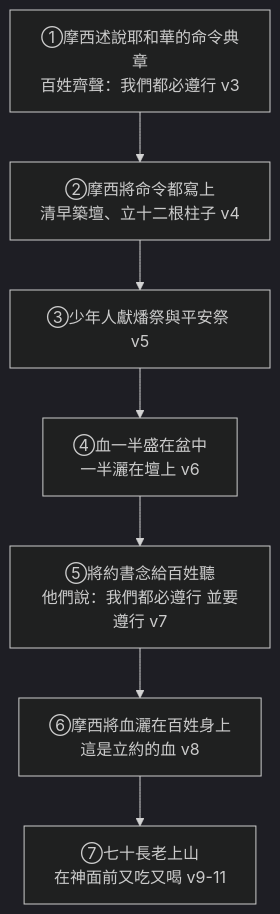
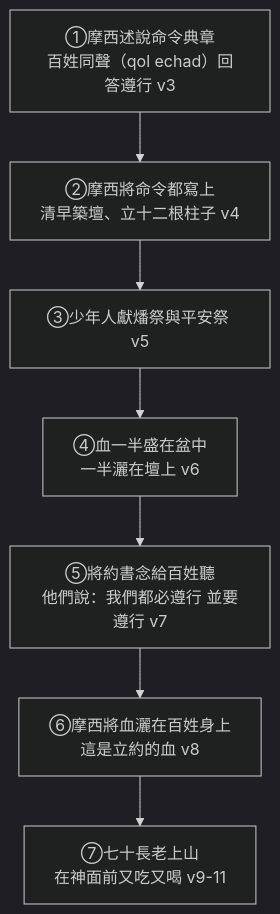
The second of 2 diagrams in content/02 出埃及記/第24章.md (andyjr5566/Bible_wiki_zh_website), drawn with Mermaid (dark theme) before and after one commit. The commit also changed other lines of this file and 641 other files, not shown here.

````diff
--- a/content/02 出埃及記/第24章.md
+++ b/content/02 出埃及記/第24章.md
@@ -138,9 +137,9 @@
 ```mermaid
 flowchart TD
-  S1["①摩西述說耶和華的命令典章<br/>百姓齊聲：我們都必遵行 v3"] --> S2["②摩西將命令都寫上<br/>清早築壇、立十二根柱子 v4"]
+  S1["①摩西述說命令典章<br/>百姓同聲（qol echad）回答遵行 v3"] --> S2["②摩西將命令都寫上<br/>清早築壇、立十二根柱子 v4"]
   S2 --> S3["③少年人獻燔祭與平安祭 v5"]
   S3 --> S4["④血一半盛在盆中<br/>一半灑在壇上 v6"]
   S4 --> S5["⑤將約書念給百姓聽<br/>他們說：我們都必遵行 並要遵行 v7"]
   S5 --> S6["⑥摩西將血灑在百姓身上<br/>這是立約的血 v8"]
   S6 --> S7["⑦七十長老上山<br/>在神面前又吃又喝 v9-11"]
 ```
````
